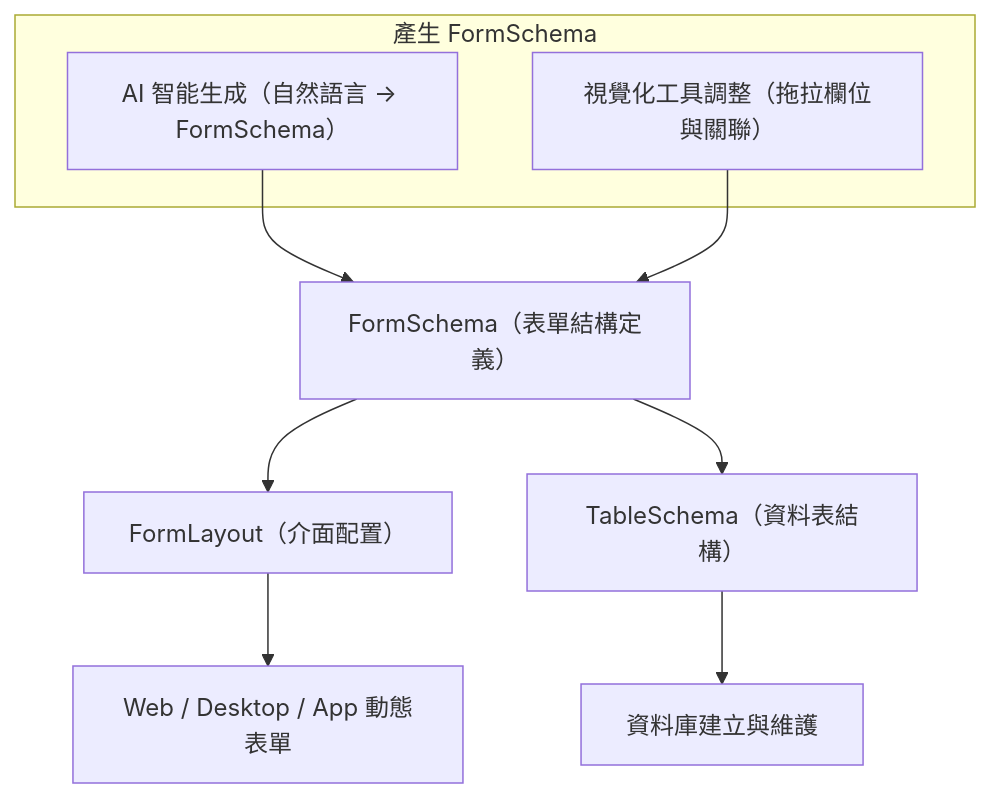
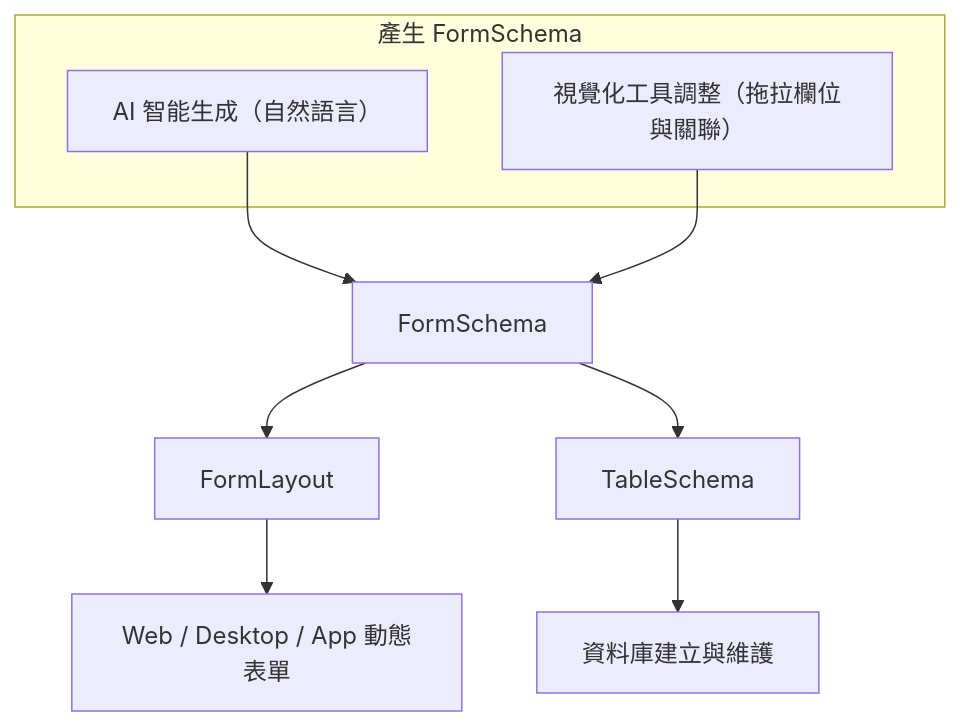
One commit to jeff377/bee-library changed the first of 2 diagrams in docs/architecture-overview.zh-TW.md. Above: the diagram before and after it, drawn with Mermaid. The commit also changed 3 other files, not shown here.

First line of the commit message:
docs: add architecture link in README and simplify mermaid diagram

````diff
--- a/docs/architecture-overview.zh-TW.md
+++ b/docs/architecture-overview.zh-TW.md
@@ -94,16 +94,16 @@
 ```mermaid
 graph TD
     subgraph 產生 FormSchema
-        A1["AI 智能生成（自然語言 → FormSchema）"]
+        A1["AI 智能生成（自然語言）"]
         A2["視覺化工具調整（拖拉欄位與關聯）"]
     end
 
-    A1 --> FD["FormSchema（表單結構定義）"]
+    A1 --> FD["FormSchema"]
     A2 --> FD
 
-    FD --> FL["FormLayout（介面配置）"]
-    FD --> DT["TableSchema（資料表結構）"]
+    FD --> FL["FormLayout"]
+    FD --> DT["TableSchema"]
 
     FL --> UI["Web / Desktop / App 動態表單"]
     DT --> DB["資料庫建立與維護"]
 ```
````
